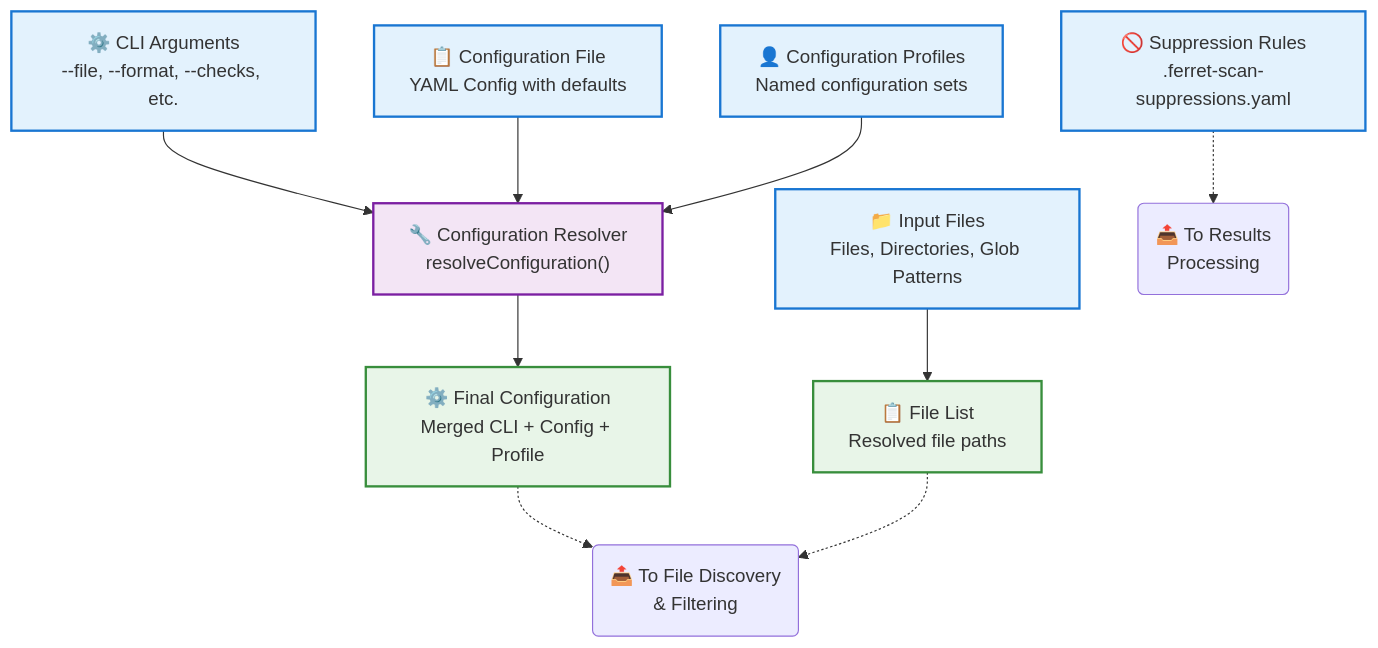
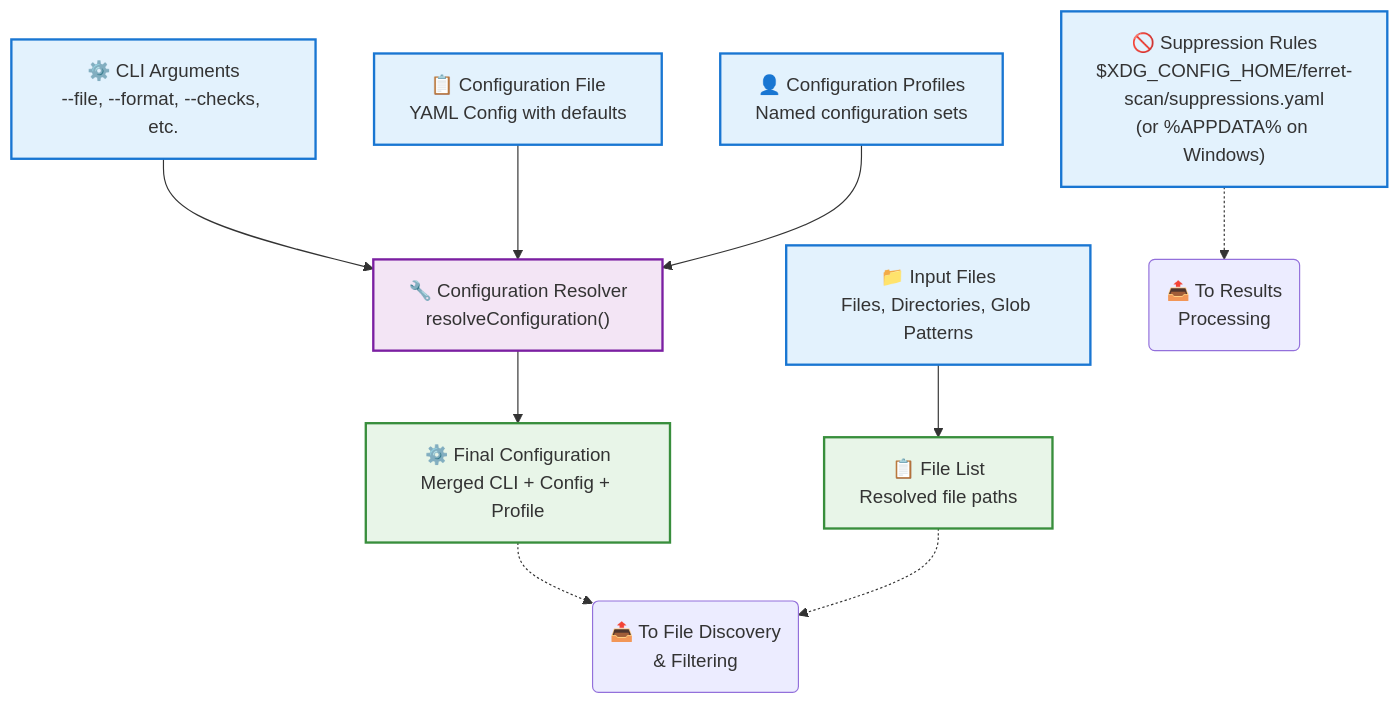
Before and after one commit to awslabs/ferret-scan: the first of 7 diagrams in docs/architecture-diagram.md, drawn with Mermaid. The commit also changed other lines of this file and 13 other files, not shown here.

````diff
--- a/docs/architecture-diagram.md
+++ b/docs/architecture-diagram.md
@@ -27,38 +27,38 @@
 ```mermaid
 flowchart TD
     %% Inputs
     InputFiles["📁 Input Files<br/>Files, Directories, Glob Patterns"]
     CLIArgs["⚙️ CLI Arguments<br/>--file, --format, --checks, etc."]
     ConfigFile["📋 Configuration File<br/>YAML Config with defaults"]
     Profiles["👤 Configuration Profiles<br/>Named configuration sets"]
-    SuppressionRules["🚫 Suppression Rules<br/>.ferret-scan-suppressions.yaml"]
+    SuppressionRules["🚫 Suppression Rules<br/>$XDG_CONFIG_HOME/ferret-scan/suppressions.yaml<br/>(or %APPDATA% on Windows)"]
 
     %% Processing
     ConfigResolver["🔧 Configuration Resolver<br/>resolveConfiguration()"]
 
     %% Outputs
     FinalConfig["⚙️ Final Configuration<br/>Merged CLI + Config + Profile"]
     FileList["📋 File List<br/>Resolved file paths"]
 
     %% Flow
     CLIArgs --> ConfigResolver
     ConfigFile --> ConfigResolver
     Profiles --> ConfigResolver
 
     ConfigResolver --> FinalConfig
     InputFiles --> FileList
 
     %% Outputs to next stage
     FinalConfig -.-> FileDiscovery("📤 To File Discovery<br/>& Filtering")
     FileList -.-> FileDiscovery
     SuppressionRules -.-> ResultsProcessing("📤 To Results<br/>Processing")
 
     %% Styling
     classDef input fill:#e3f2fd,stroke:#1976d2,stroke-width:2px
     classDef processing fill:#f3e5f5,stroke:#7b1fa2,stroke-width:2px
     classDef output fill:#e8f5e8,stroke:#388e3c,stroke-width:2px
 
     class InputFiles,CLIArgs,ConfigFile,Profiles,SuppressionRules input
     class ConfigResolver processing
     class FinalConfig,FileList output
 ```
````
